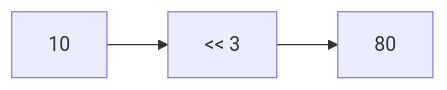
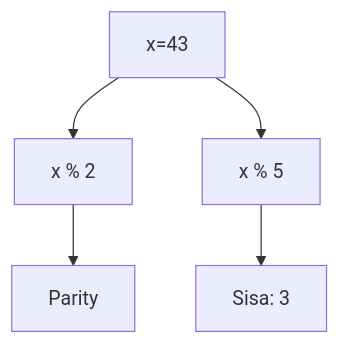
One commit to amnahwaida/OSNK_INF_PREP changed the second of 25 diagrams in part-c-pemahaman-cpp/06-bitwise/latihan/set-07.md. Above: the diagram before and after it, drawn with Mermaid. The commit also changed other lines of this file and 71 other files, not shown here.

````diff
--- a/part-c-pemahaman-cpp/06-bitwise/latihan/set-07.md
+++ b/part-c-pemahaman-cpp/06-bitwise/latihan/set-07.md
@@ -79,5 +54,7 @@
 ```mermaid
-graph LR
-    A[10] --> B["<< 3"]
-    B --> C[80]
+graph TD
+A[x=43] --> B[x % 2]
+B --> C[Parity]
+A --> D[x % 5]
+D --> E[Sisa: 3]
 ```
````
